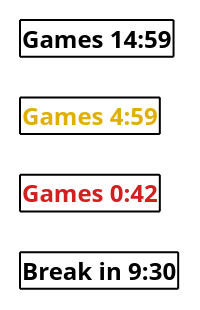
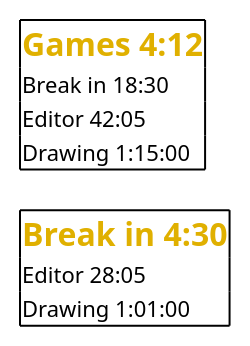
One commit to adlemich/EagleEye changed the second of 6 diagrams in 02_Implementation/docs/requirements/user-stories/US-010/user-story.md. Above: the diagram before and after it, drawn with PlantUML. The commit also changed other lines of this file, not shown here.

Commit message:
US-010: PRO story - Michael's answers OQ-1..16, multi-line pill (all running apps/groups + break, sorted)

````diff
--- a/02_Implementation/docs/requirements/user-stories/US-010/user-story.md
+++ b/02_Implementation/docs/requirements/user-stories/US-010/user-story.md
@@ -198,13 +220,18 @@
 ```plantuml
 @startsalt
 {
-  {+ <b>Games 14:59 }
+  {+
+    <size:16><color:#E0B000><b>Games 4:12</color>
+    <size:11>Break in 18:30
+    <size:11>Editor 42:05
+    <size:11>Drawing 1:15:00
+  }
   .
-  {+ <color:#E0B000><b>Games 4:59</color> }
-  .
-  {+ <color:#D02020><b>Games 0:42</color> }
-  .
-  {+ <b>Break in 9:30 }
+  {+
+    <size:16><color:#E0B000><b>Break in 4:30</color>
+    <size:11>Editor 28:05
+    <size:11>Drawing 1:01:00
+  }
 }
 @endsalt
 ```
````
